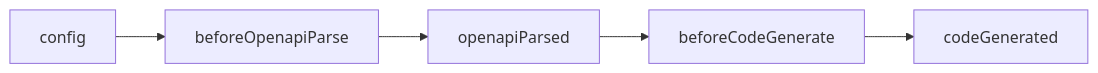
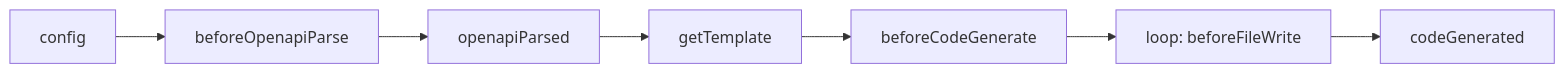
One commit to alovajs/devtools changed the diagram in docs/content/docs/plugin-system/index.mdx. Above: the diagram before and after it, drawn with Mermaid. The commit also changed other lines of this file and 45 other files, not shown here.

````diff
--- a/docs/content/docs/plugin-system/index.mdx
+++ b/docs/content/docs/plugin-system/index.mdx
@@ -10,7 +10,9 @@
 ```mermaid
 flowchart LR
     A[config] --> B[beforeOpenapiParse]
     B --> C[openapiParsed]
-    C --> D[beforeCodeGenerate]
-    D --> E[codeGenerated]
+    C --> D[getTemplate]
+    D --> E[beforeCodeGenerate]
+    E --> F["loop: beforeFileWrite"]
+    F --> G[codeGenerated]
 ```
````
